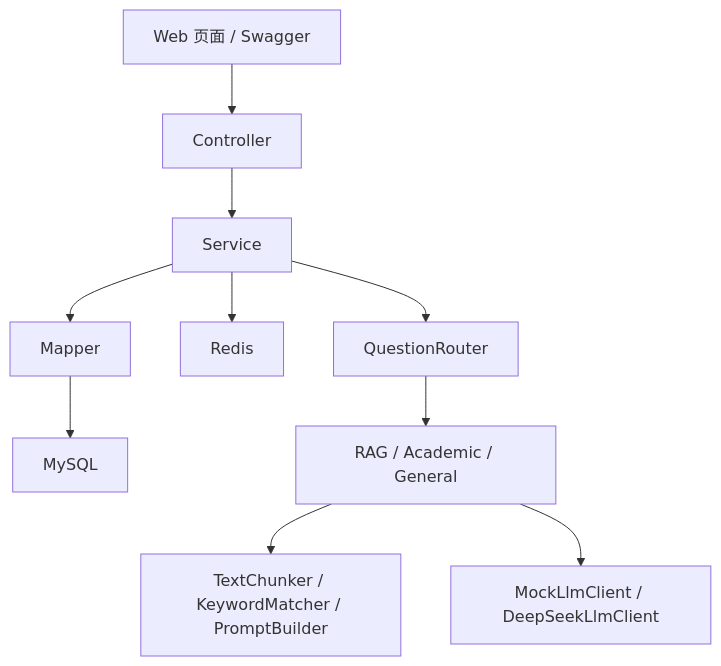
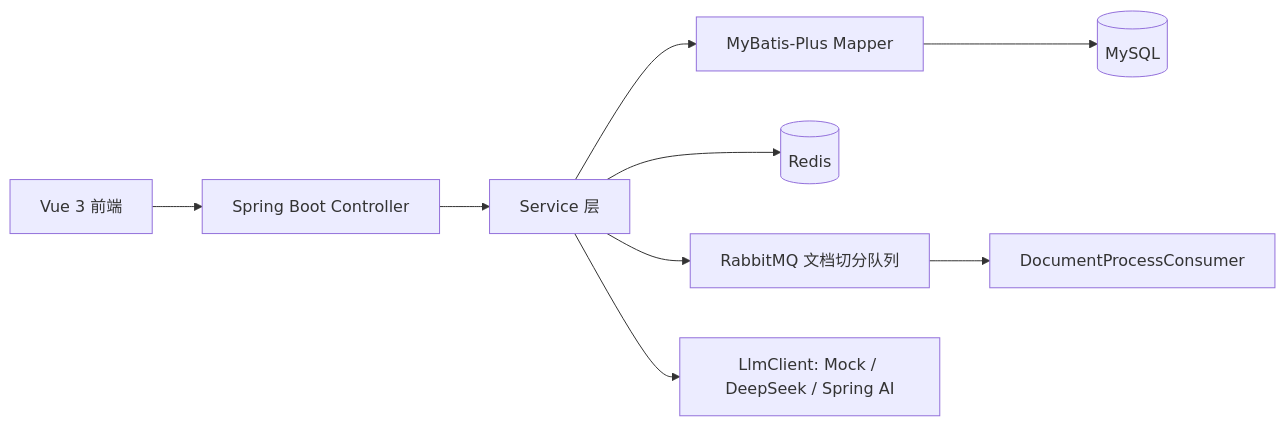
Before and after one commit to SodaWWater/campus-ai-assistant: the first of 2 diagrams in README.md, drawn with Mermaid. The commit also changed other lines of this file and 31 other files, not shown here.

````diff
--- a/README.md
+++ b/README.md
@@ -36,12 +26,11 @@
 ```mermaid
-flowchart TD
-    A["Web 页面 / Swagger"] --> B["Controller"]
-    B --> C["Service"]
-    C --> D["Mapper"]
-    D --> E["MySQL"]
-    C --> F["Redis"]
-    C --> G["QuestionRouter"]
-    G --> H["RAG / Academic / General"]
-    H --> I["TextChunker / KeywordMatcher / PromptBuilder"]
-    H --> J["MockLlmClient / DeepSeekLlmClient"]
+flowchart LR
+  Vue["Vue 3 前端"] --> API["Spring Boot Controller"]
+  API --> Service["Service 层"]
+  Service --> MP["MyBatis-Plus Mapper"]
+  MP --> MySQL[(MySQL)]
+  Service --> Redis[(Redis)]
+  Service --> MQ["RabbitMQ 文档切分队列"]
+  MQ --> Consumer["DocumentProcessConsumer"]
+  Service --> LLM["LlmClient: Mock / DeepSeek / Spring AI"]
 ```
````
